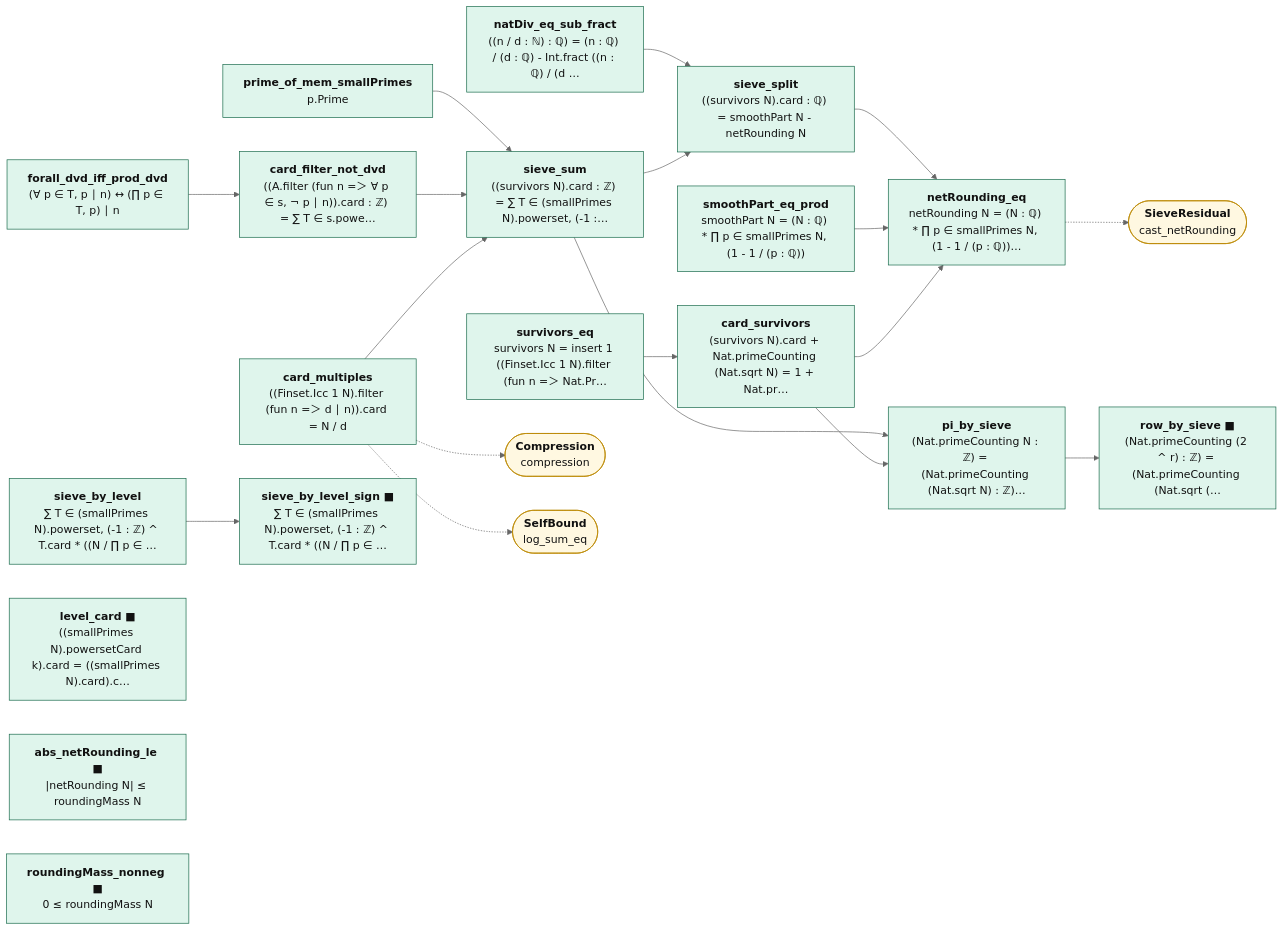
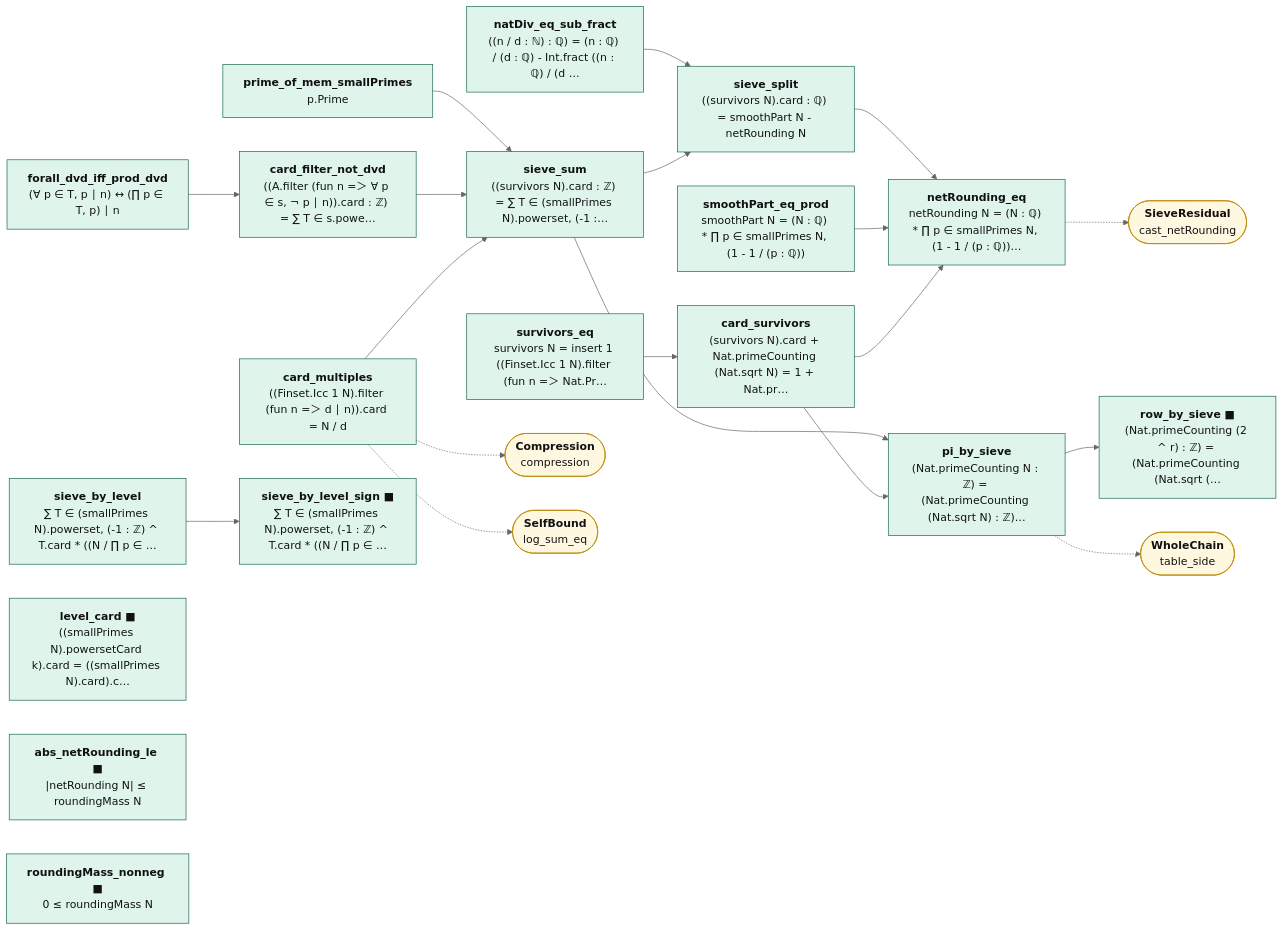
One commit to juliansambranojr/Primebeat_081426 changed the diagram in map/lean_stage3/SieveExact.md. Above: the diagram before and after it, drawn with Mermaid (neutral theme). The commit also changed other lines of this file and 57 other files, not shown here.

````diff
--- a/map/lean_stage3/SieveExact.md
+++ b/map/lean_stage3/SieveExact.md
@@ -14,49 +14,51 @@
 ```mermaid
 flowchart LR
   n0["<b>prime_of_mem_smallPrimes</b><br/>p.Prime"]:::cnt
   n1["<b>forall_dvd_iff_prod_dvd</b><br/>(∀ p ∈ T, p ∣ n) ↔ (∏ p ∈ T, p) ∣ n"]:::cnt
   n2["<b>card_filter_not_dvd</b><br/>((A.filter (fun n =＞ ∀ p ∈ s, ¬ p ∣ n)).card : ℤ) = ∑ T ∈ s.powe…"]:::cnt
   n3["<b>card_multiples</b><br/>((Finset.Icc 1 N).filter (fun n =＞ d ∣ n)).card = N / d"]:::cnt
   n4["<b>sieve_sum</b><br/>((survivors N).card : ℤ) = ∑ T ∈ (smallPrimes N).powerset, (-1 :…"]:::cnt
   n5["<b>survivors_eq</b><br/>survivors N = insert 1 ((Finset.Icc 1 N).filter (fun n =＞ Nat.Pr…"]:::cnt
   n6["<b>card_survivors</b><br/>(survivors N).card + Nat.primeCounting (Nat.sqrt N) = 1 + Nat.pr…"]:::cnt
   n7["<b>pi_by_sieve</b><br/>(Nat.primeCounting N : ℤ) = (Nat.primeCounting (Nat.sqrt N) : ℤ)…"]:::cnt
   n8["<b>row_by_sieve ■</b><br/>(Nat.primeCounting (2 ^ r) : ℤ) = (Nat.primeCounting (Nat.sqrt (…"]:::cnt
   n9["<b>sieve_by_level</b><br/>∑ T ∈ (smallPrimes N).powerset, (-1 : ℤ) ^ T.card * ((N / ∏ p ∈ …"]:::cnt
   n10["<b>sieve_by_level_sign ■</b><br/>∑ T ∈ (smallPrimes N).powerset, (-1 : ℤ) ^ T.card * ((N / ∏ p ∈ …"]:::cnt
   n11["<b>level_card ■</b><br/>((smallPrimes N).powersetCard k).card = ((smallPrimes N).card).c…"]:::cnt
   n12["<b>natDiv_eq_sub_fract</b><br/>((n / d : ℕ) : ℚ) = (n : ℚ) / (d : ℚ) - Int.fract ((n : ℚ) / (d …"]:::cnt
   n13["<b>sieve_split</b><br/>((survivors N).card : ℚ) = smoothPart N - netRounding N"]:::cnt
   n14["<b>smoothPart_eq_prod</b><br/>smoothPart N = (N : ℚ) * ∏ p ∈ smallPrimes N, (1 - 1 / (p : ℚ))"]:::cnt
   n15["<b>abs_netRounding_le ■</b><br/>|netRounding N| ≤ roundingMass N"]:::cnt
   n16["<b>roundingMass_nonneg ■</b><br/>0 ≤ roundingMass N"]:::cnt
   n17["<b>netRounding_eq</b><br/>netRounding N = (N : ℚ) * ∏ p ∈ smallPrimes N, (1 - 1 / (p : ℚ))…"]:::cnt
   x0(["<b>Compression</b><br/>compression"]):::ext
   x1(["<b>SelfBound</b><br/>log_sum_eq"]):::ext
-  x2(["<b>SieveResidual</b><br/>cast_netRounding"]):::ext
+  x2(["<b>WholeChain</b><br/>table_side"]):::ext
+  x3(["<b>SieveResidual</b><br/>cast_netRounding"]):::ext
   n0 --> n4
   n1 --> n2
   n12 --> n13
   n13 --> n17
   n14 --> n17
   n2 --> n4
   n3 --> n4
   n4 --> n13
   n4 --> n7
   n5 --> n6
   n6 --> n17
   n6 --> n7
   n7 --> n8
   n9 --> n10
-  n17 -.-> x2
+  n17 -.-> x3
   n3 -.-> x0
   n3 -.-> x1
+  n7 -.-> x2
   classDef cnt fill:#dff5ec,stroke:#17694a,color:#111
   classDef shp fill:#f1ecfb,stroke:#5b3fa0,color:#111
   classDef rh fill:#ffe5e5,stroke:#c22,color:#111,stroke-width:2px
   classDef thm fill:#eef4ff,stroke:#335,color:#111
   classDef end_ fill:#e7f7e7,stroke:#2a7,color:#111,stroke-width:2px
   classDef lone fill:#fff,stroke:#999,color:#111,stroke-dasharray:4 3
   classDef bad fill:#ffe5e5,stroke:#c22,color:#111,stroke-width:2px
   classDef ext fill:#fff8e1,stroke:#b80,color:#111
 ```
````
